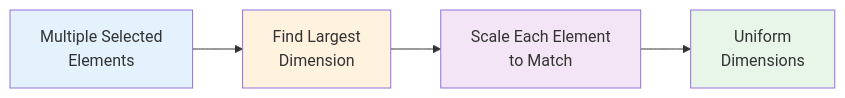
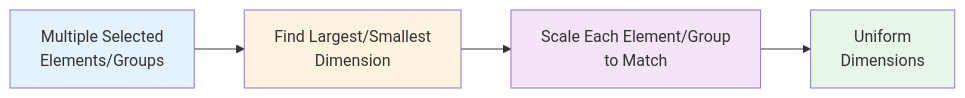
One commit to ekrsulov/ttpe changed the diagram in doc/docs/features/match.md. Above: the diagram before and after it, drawn with Mermaid. The commit also changed other lines of this file and 6 other files, not shown here.

First line of the commit message:
feat: add match size to smallest functionality in arrange panel

````diff
--- a/doc/docs/features/match.md
+++ b/doc/docs/features/match.md
@@ -10,11 +10,11 @@
 ```mermaid
 graph LR
-    Selection[Multiple Selected<br/>Elements] --> Analyze[Find Largest<br/>Dimension]
-    Analyze --> Scale[Scale Each Element<br/>to Match]
+    Selection[Multiple Selected<br/>Elements/Groups] --> Analyze[Find Largest/Smallest<br/>Dimension]
+    Analyze --> Scale[Scale Each Element/Group<br/>to Match]
     Scale --> Result[Uniform<br/>Dimensions]
     
     style Selection fill:#e3f2fd
     style Analyze fill:#fff3e0
     style Scale fill:#f3e5f5
     style Result fill:#e8f5e9
 ```
````
